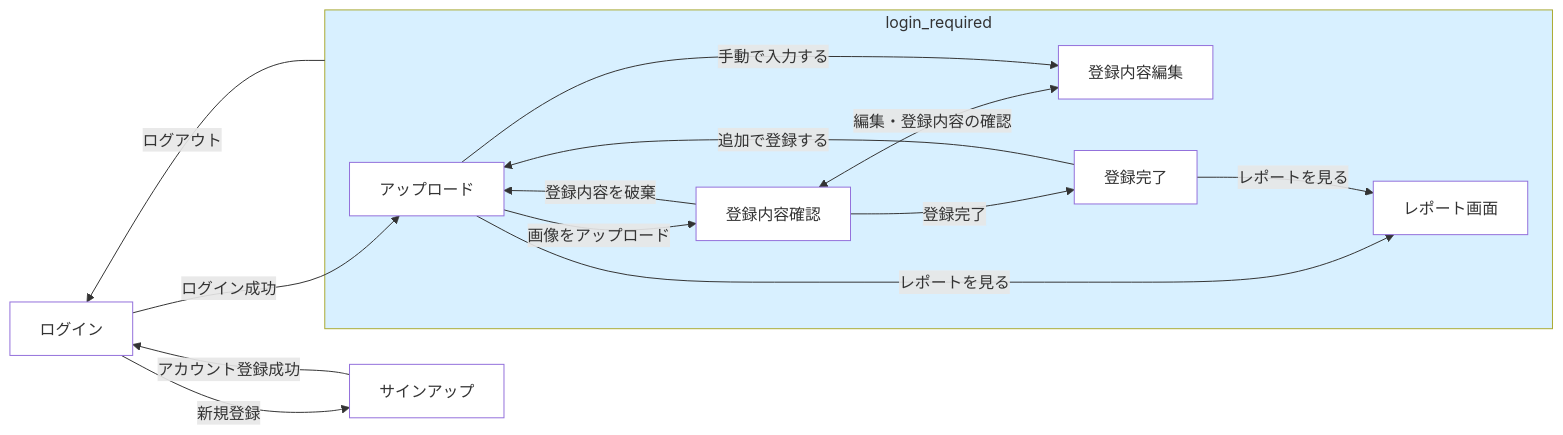
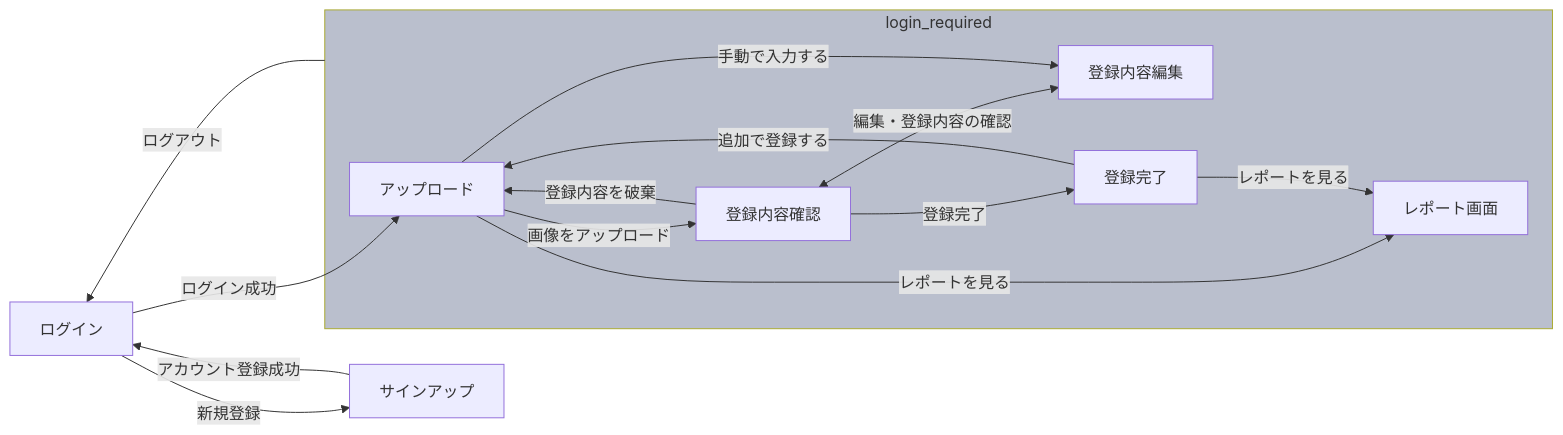
The first of 3 diagrams in README.md (s-hayashi-sts/receipt-capture), drawn with Mermaid before and after one commit. The commit also changed other lines of this file, not shown here.

Commit message:
README修正

````diff
--- a/README.md
+++ b/README.md
@@ -35,20 +35,19 @@
 ```mermaid
 graph LR
-classDef default fill: #fff
-style login_req fill: #d8f0ff
+style login_req fill: #56608367
 
 ログイン--ログイン成功-->アップロード
 ログイン--新規登録-->サインアップ--アカウント登録成功-->ログイン
 
 subgraph login_req [login_required]
     アップロード--画像をアップロード-->登録内容確認<--編集・登録内容の確認-->登録内容編集
     アップロード--手動で入力する-->登録内容編集
     アップロード--レポートを見る-->レポート画面
     登録内容確認--登録完了-->登録完了
     登録内容確認--登録内容を破棄-->アップロード
     登録完了--追加で登録する-->アップロード
     登録完了--レポートを見る-->レポート画面
 end
 
 login_req--ログアウト-->ログイン
 ```
````
